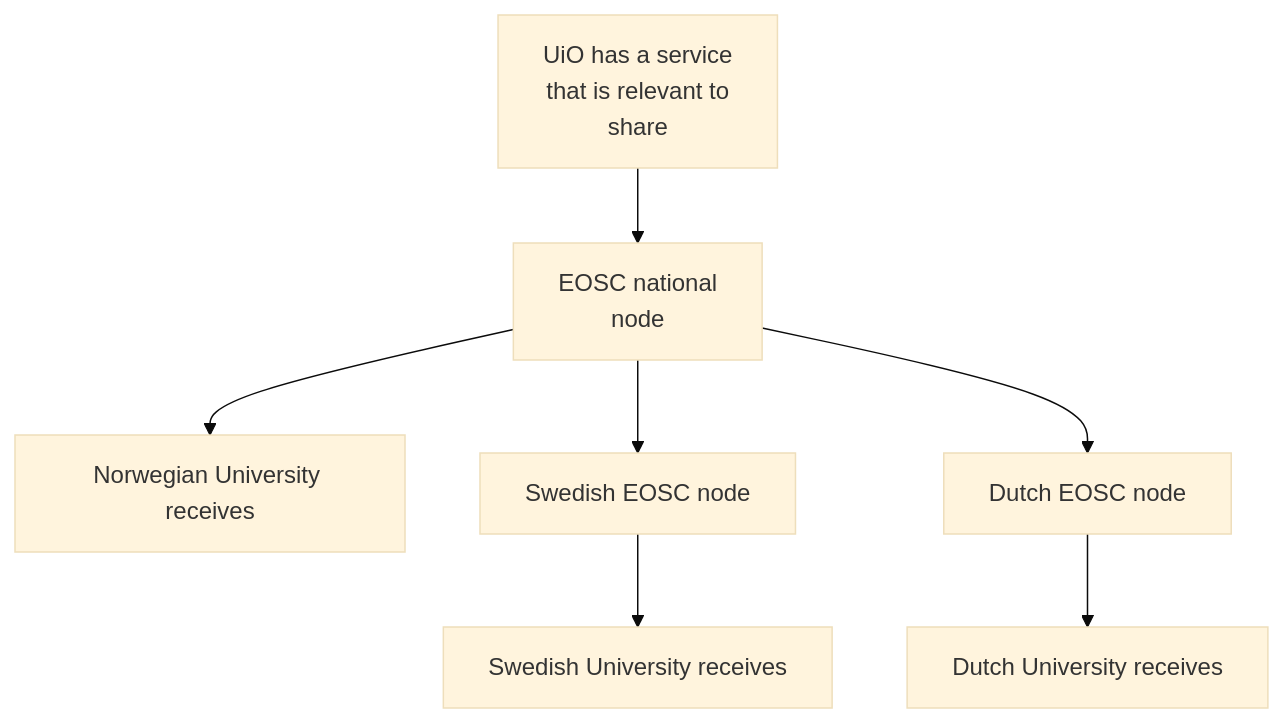
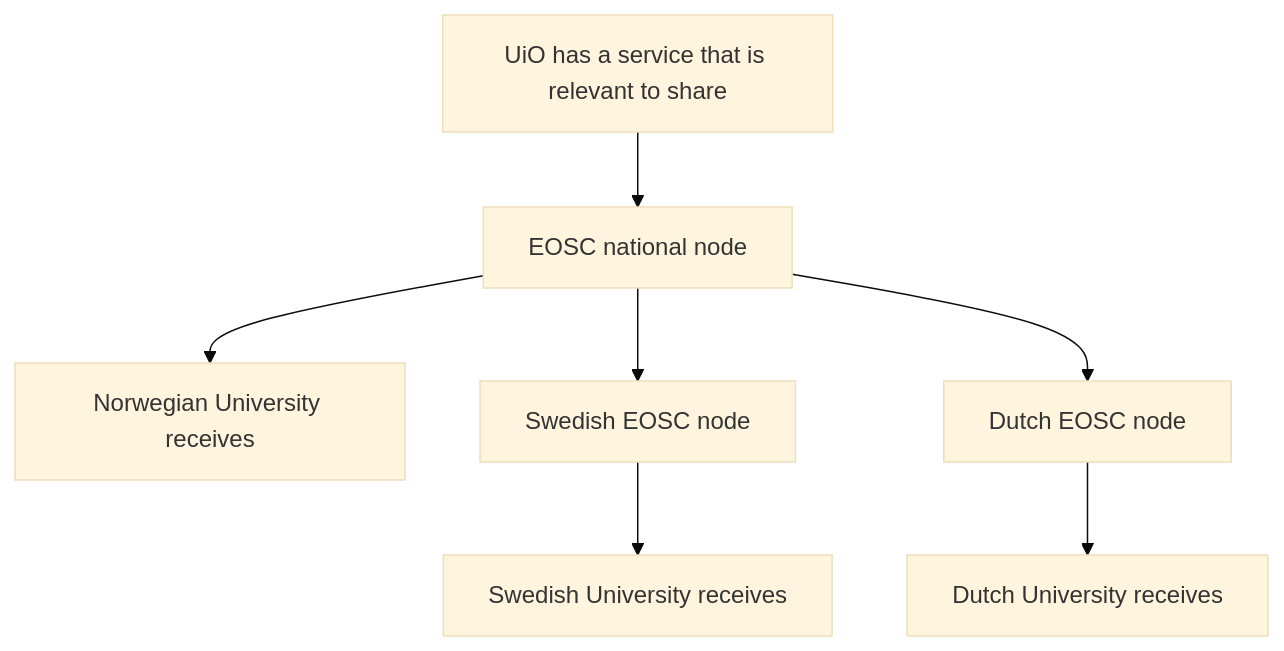
Before and after one commit to sigridg/EOSC: the first of 2 diagrams in services.md, drawn with Mermaid (base theme). The commit also changed other lines of this file, not shown here.

Commit message:
Removed line breaks in mermaid code

```diff
--- a/services.md
+++ b/services.md
@@ -16,9 +17,9 @@
 <div class="mermaid">
 graph TD
-    A["UiO has a service<br/>that is relevant to<br/>share"] --> B["EOSC national<br/>node"]
+    A["UiO has a service that is relevant to share"] --> B["EOSC national node"]
     B --> C["Norwegian University receives"]
     B --> D["Swedish EOSC node"]
     B --> E["Dutch EOSC node"]
     D --> F["Swedish University receives"]
     E --> G["Dutch University receives"]
 </div>
```
